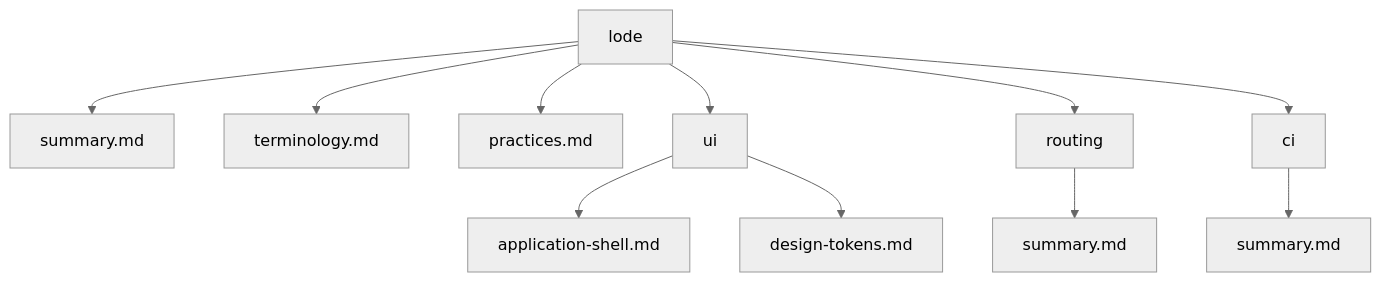
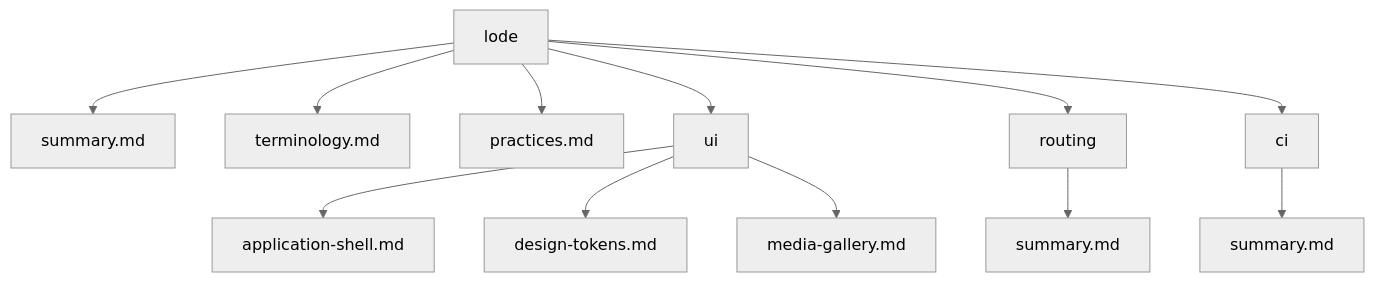
One commit to Zwezh/media-shelf changed the diagram in lode/lode-map.md. Above: the diagram before and after it, drawn with Mermaid (neutral theme). The commit also changed other lines of this file and 42 other files, not shown here.

````diff
--- a/lode/lode-map.md
+++ b/lode/lode-map.md
@@ -18,13 +19,14 @@
 ```mermaid
 flowchart TD
   Root[lode] --> Summary[summary.md]
   Root --> Terms[terminology.md]
   Root --> Practices[practices.md]
   Root --> UI[ui]
   UI --> UIShell[application-shell.md]
   UI --> UITokens[design-tokens.md]
+  UI --> MediaGallery[media-gallery.md]
   Root --> Routing[routing]
   Routing --> RouteSummary[summary.md]
   Root --> CI[ci]
   CI --> CISummary[summary.md]
 ```
````
